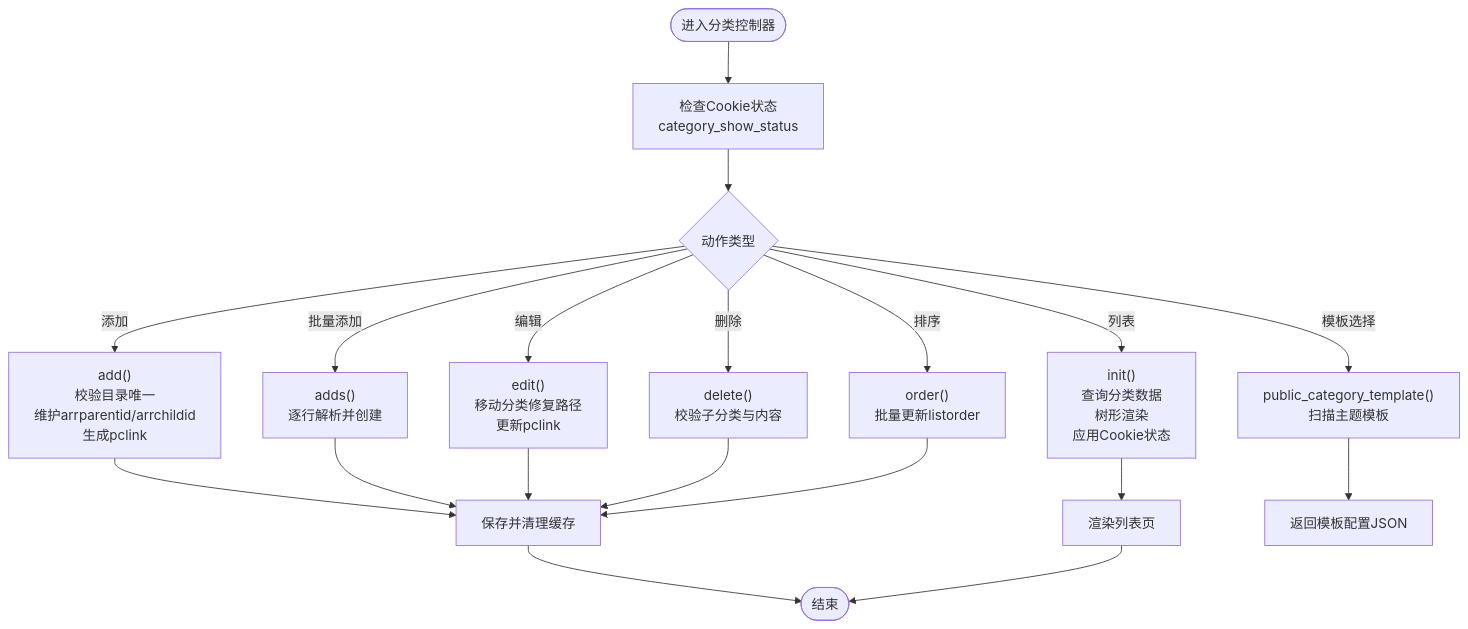
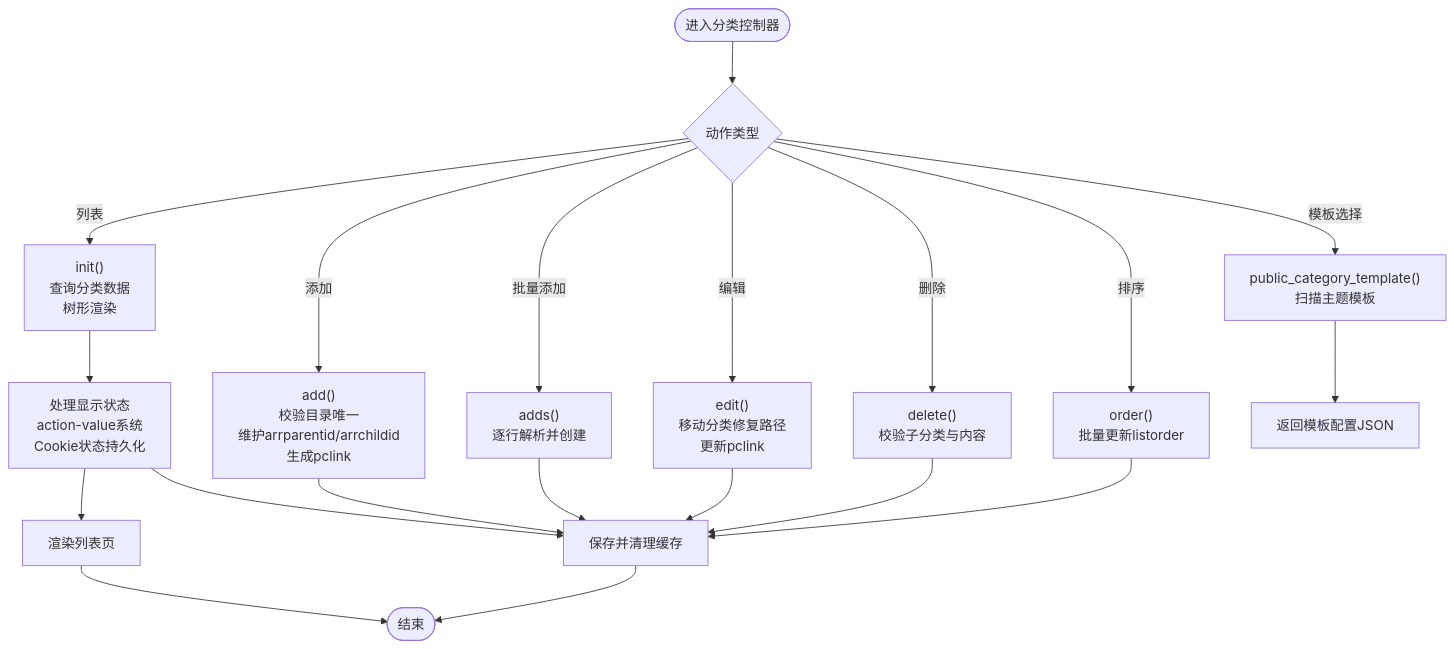
One commit to lirongyaoper/lryblog.com changed the third of 7 diagrams in .qoder/repowiki/zh/content/系统架构/模块化设计/后台管理模块/分类管理.md. Above: the diagram before and after it, drawn with Mermaid. The commit also changed other lines of this file and 13 other files, not shown here.

````diff
--- a/.qoder/repowiki/zh/content/系统架构/模块化设计/后台管理模块/分类管理.md
+++ b/.qoder/repowiki/zh/content/系统架构/模块化设计/后台管理模块/分类管理.md
@@ -164,21 +153,22 @@
 ```mermaid
 flowchart TD
-Start(["进入分类控制器"]) --> CookieCheck["检查Cookie状态<br/>category_show_status"]
-CookieCheck --> Action{"动作类型"}
-Action --> |列表| Init["init()<br/>查询分类数据<br/>树形渲染<br/>应用Cookie状态"]
+Start(["进入分类控制器"]) --> Action{"动作类型"}
+Action --> |列表| Init["init()<br/>查询分类数据<br/>树形渲染"]
 Action --> |添加| Add["add()<br/>校验目录唯一<br/>维护arrparentid/arrchildid<br/>生成pclink"]
 Action --> |批量添加| Adds["adds()<br/>逐行解析并创建"]
 Action --> |编辑| Edit["edit()<br/>移动分类修复路径<br/>更新pclink"]
 Action --> |删除| Delete["delete()<br/>校验子分类与内容"]
 Action --> |排序| Order["order()<br/>批量更新listorder"]
 Action --> |模板选择| Template["public_category_template()<br/>扫描主题模板"]
-Init --> Render["渲染列表页"]
+Init --> State["处理显示状态<br/>action-value系统<br/>Cookie状态持久化"]
+State --> Render["渲染列表页"]
 Add --> Save["保存并清理缓存"]
+State --> Save
 Adds --> Save
 Edit --> Save
 Delete --> Save
 Order --> Save
 Template --> Return["返回模板配置JSON"]
 Save --> End(["结束"])
 Render --> End
 ```
````
